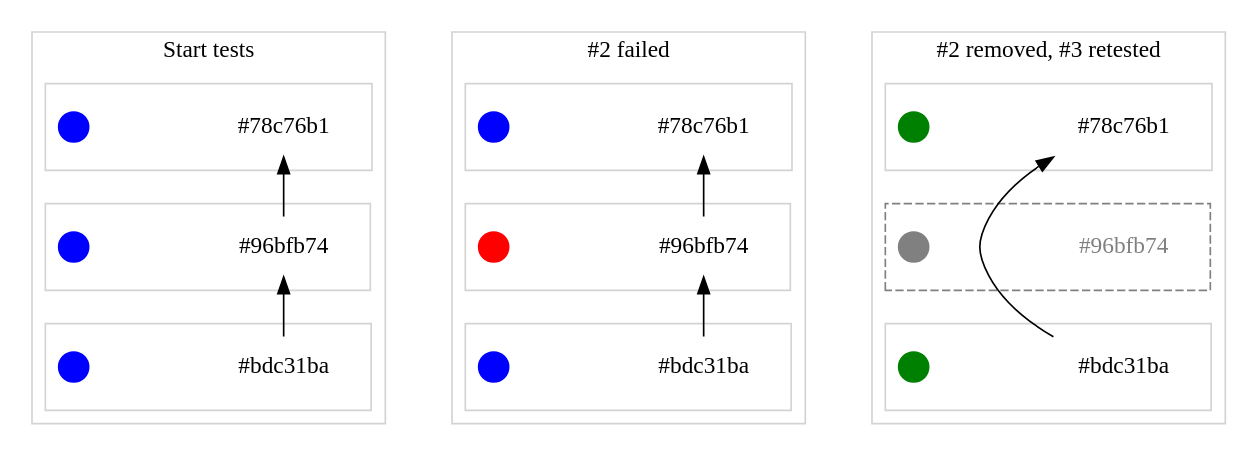
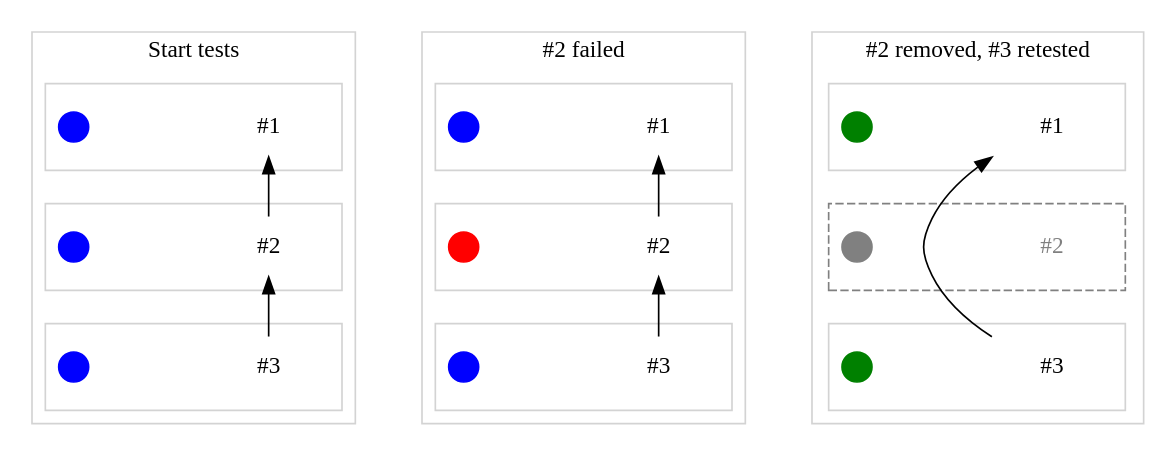
The diagram in docs/zuul.dot (redhat-cip/software-factory), drawn with Graphviz before and after one commit. The commit also changed 2 other files, not shown here.

Commit message:
Improve graphs

```diff
--- a/docs/zuul.dot
+++ b/docs/zuul.dot
@@ -1,106 +1,106 @@
 digraph {
     nodesep = 0.5;
     ranksep = 1.0;
     node [shape=circle,width=1.0]; 
     edge [fontsize=10]; 
     rankdir=LR;
 
     subgraph cluster_one {
         label = "Start tests";
         color=lightgrey;
         subgraph cluster_A {
             label = "";
             color=lightgrey;
             "A1" [shape="point" color="blue" label="" width=0.25];
-            "A2" [shape="box" color="white" label="#78c76b1"];
+            "A2" [shape="box" color="white" label="#1"];
             A1 -> A2 [style=invis]
         }
     
         subgraph cluster_B {
             label = "";
             color=lightgrey;
             "B1" [shape="point" color="blue" label="" width=0.25];
-            "B2" [shape="box" color="white" label="#96bfb74"];
+            "B2" [shape="box" color="white" label="#2"];
             B1 -> B2 [style=invis]
         }
     
         subgraph cluster_C {
             label = "";
             color=lightgrey;
             "C1" [shape="point" color="blue" label="" width=0.25];
-            "C2" [shape="box" color="white" label="#bdc31ba"];
+            "C2" [shape="box" color="white" label="#3"];
             C1 -> C2 [style=invis]
         }
 
         C2 -> B2 [constraint=False];
         B2 -> A2 [constraint=False];
     }
 
     subgraph cluster_two {
         label = "#2 failed";
 
         color=lightgrey;
         subgraph cluster_D {
             label = "";
             color=lightgrey;
             "D1" [shape="point" color="blue" label="" width=0.25];
-            "D2" [shape="box" color="white" label="#78c76b1"];
+            "D2" [shape="box" color="white" label="#1"];
             D1 -> D2 [style=invis]
         }
     
         subgraph cluster_E {
             label = "";
             color=lightgrey;
             "E1" [shape="point" color="red" label="" width=0.25];
-            "E2" [shape="box" color="white" label="#96bfb74"];
+            "E2" [shape="box" color="white" label="#2"];
             E1 -> E2 [style=invis]
         }
     
         subgraph cluster_F {
             label = "";
             color=lightgrey;
             "F1" [shape="point" color="blue" label="" width=0.25];
-            "F2" [shape="box" color="white" label="#bdc31ba"];
+            "F2" [shape="box" color="white" label="#3"];
             F1 -> F2 [style=invis]
         }
 
         F2 -> E2 [constraint=False];
         E2 -> D2 [constraint=False];
     }
 
     A2 -> D1 [style=invis];
 
     subgraph cluster_three {
         label = "#2 removed, #3 retested"
         color=lightgrey;
         subgraph cluster_G {
             label = "";
             color=lightgrey;
             "G1" [shape="point" color="green" label="" width=0.25];
-            "G2" [shape="box" color="white" label="#78c76b1"];
+            "G2" [shape="box" color="white" label="#1"];
             G1 -> G2 [style=invis]
         }
     
         subgraph cluster_H {
             label = "";
             color=gray;
             style=dashed;
             "H1" [shape="point" color="gray" label="" width=0.25];
-            "H2" [shape="box" color="white" label="#96bfb74" fontcolor=gray];
+            "H2" [shape="box" color="white" label="#2" fontcolor=gray];
             H1 -> H2 [style=invis]
         }
     
         subgraph cluster_I {
             label = "";
             color=lightgrey;
             "I1" [shape="point" color="green" label="" width=0.25];
-            "I2" [shape="box" color="white" label="#bdc31ba"];
+            "I2" [shape="box" color="white" label="#3"];
             I1 -> I2 [style=invis]
         }
         H2 -> G2 [constraint=False style=invis];
         I2 -> H2 [constraint=False style=invis];
         I2 -> G2 [constraint=False];
     }
 
     D2 -> G1 [style=invis];
 }
```
